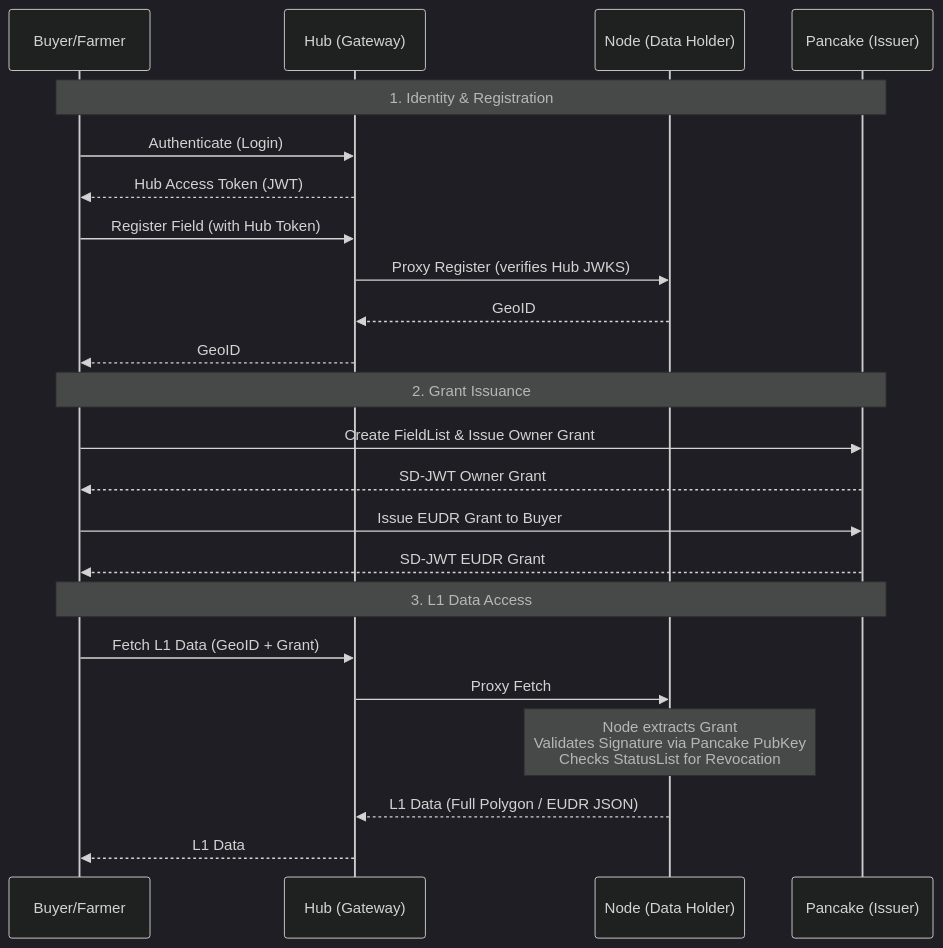
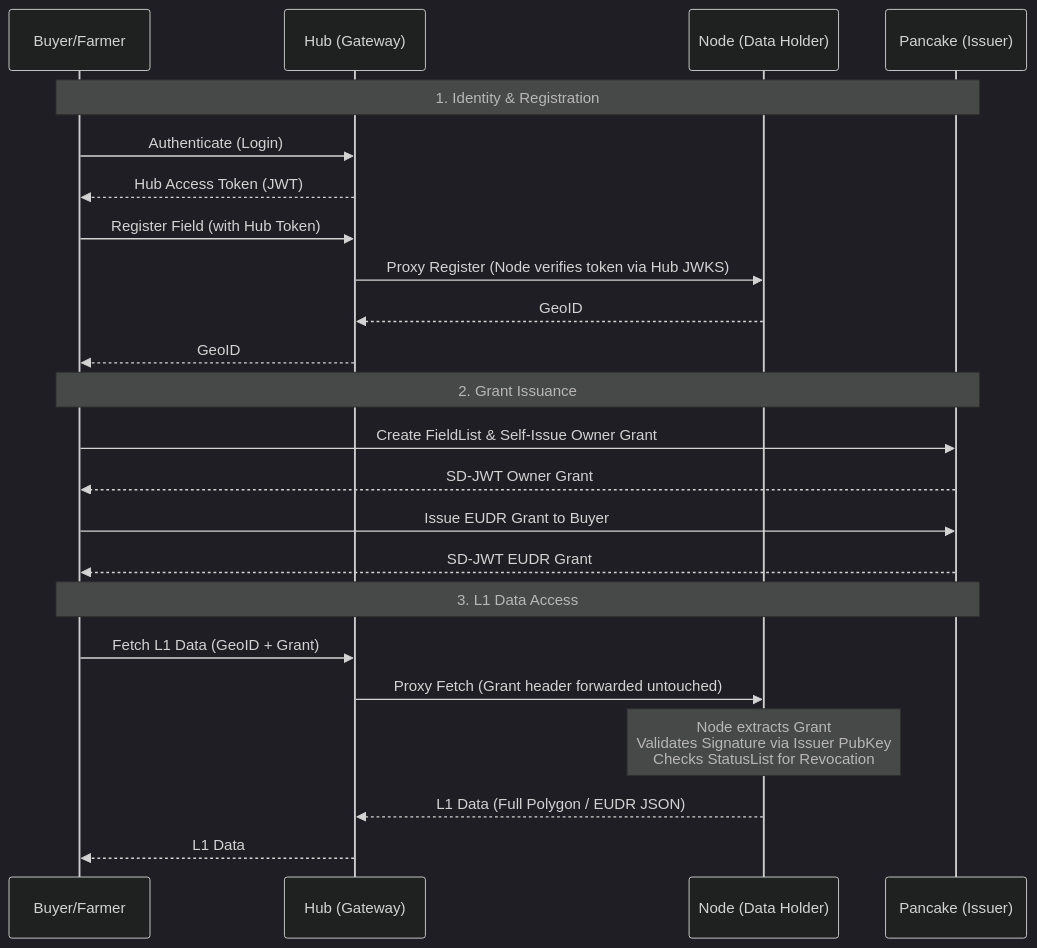
One commit to agstack/ar2 changed the diagram in ARCHITECTURE.md. Above: the diagram before and after it, drawn with Mermaid (dark theme). The commit also changed other lines of this file, not shown here.

Commit message:
docs: harden ARCHITECTURE.md for external review — masking level definitions, direct-node-access clarification, trust establishment (pinned key today, hub trust registry roadmap), legacy flag disclosure, standards inventory, replaceability

````diff
--- a/ARCHITECTURE.md
+++ b/ARCHITECTURE.md
@@ -12,28 +21,28 @@
 ```mermaid
 sequenceDiagram
     participant B as Buyer/Farmer
     participant H as Hub (Gateway)
     participant N as Node (Data Holder)
     participant P as Pancake (Issuer)
     
     Note over B,P: 1. Identity & Registration
     B->>H: Authenticate (Login)
     H-->>B: Hub Access Token (JWT)
     B->>H: Register Field (with Hub Token)
-    H->>N: Proxy Register (verifies Hub JWKS)
+    H->>N: Proxy Register (Node verifies token via Hub JWKS)
     N-->>H: GeoID
     H-->>B: GeoID
     
     Note over B,P: 2. Grant Issuance
-    B->>P: Create FieldList & Issue Owner Grant
+    B->>P: Create FieldList & Self-Issue Owner Grant
     P-->>B: SD-JWT Owner Grant
     B->>P: Issue EUDR Grant to Buyer
     P-->>B: SD-JWT EUDR Grant
     
     Note over B,P: 3. L1 Data Access
     B->>H: Fetch L1 Data (GeoID + Grant)
-    H->>N: Proxy Fetch
-    Note over N: Node extracts Grant<br/>Validates Signature via Pancake PubKey<br/>Checks StatusList for Revocation
+    H->>N: Proxy Fetch (Grant header forwarded untouched)
+    Note over N: Node extracts Grant<br/>Validates Signature via Issuer PubKey<br/>Checks StatusList for Revocation
     N-->>H: L1 Data (Full Polygon / EUDR JSON)
     H-->>B: L1 Data
 ```
````
